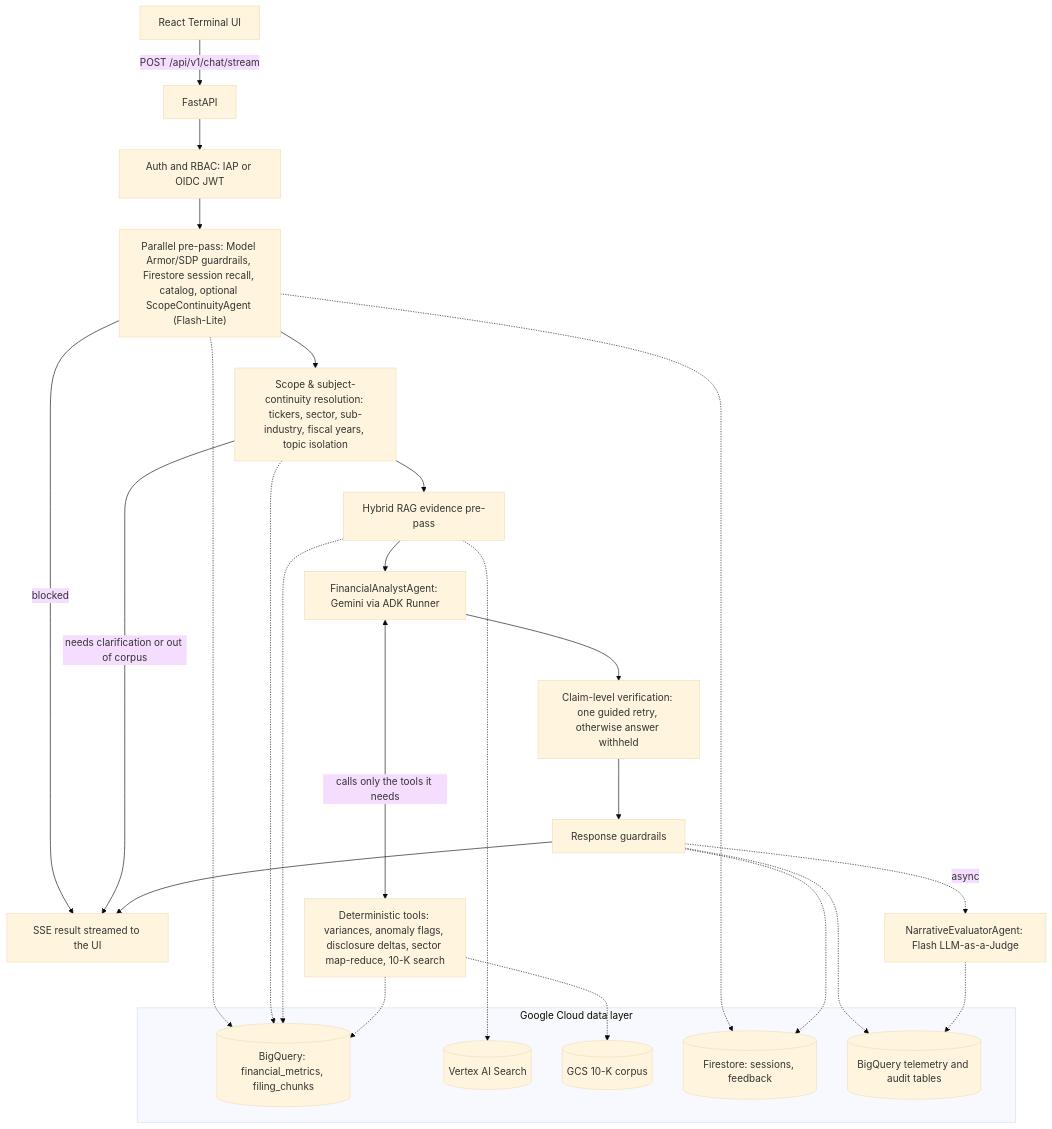
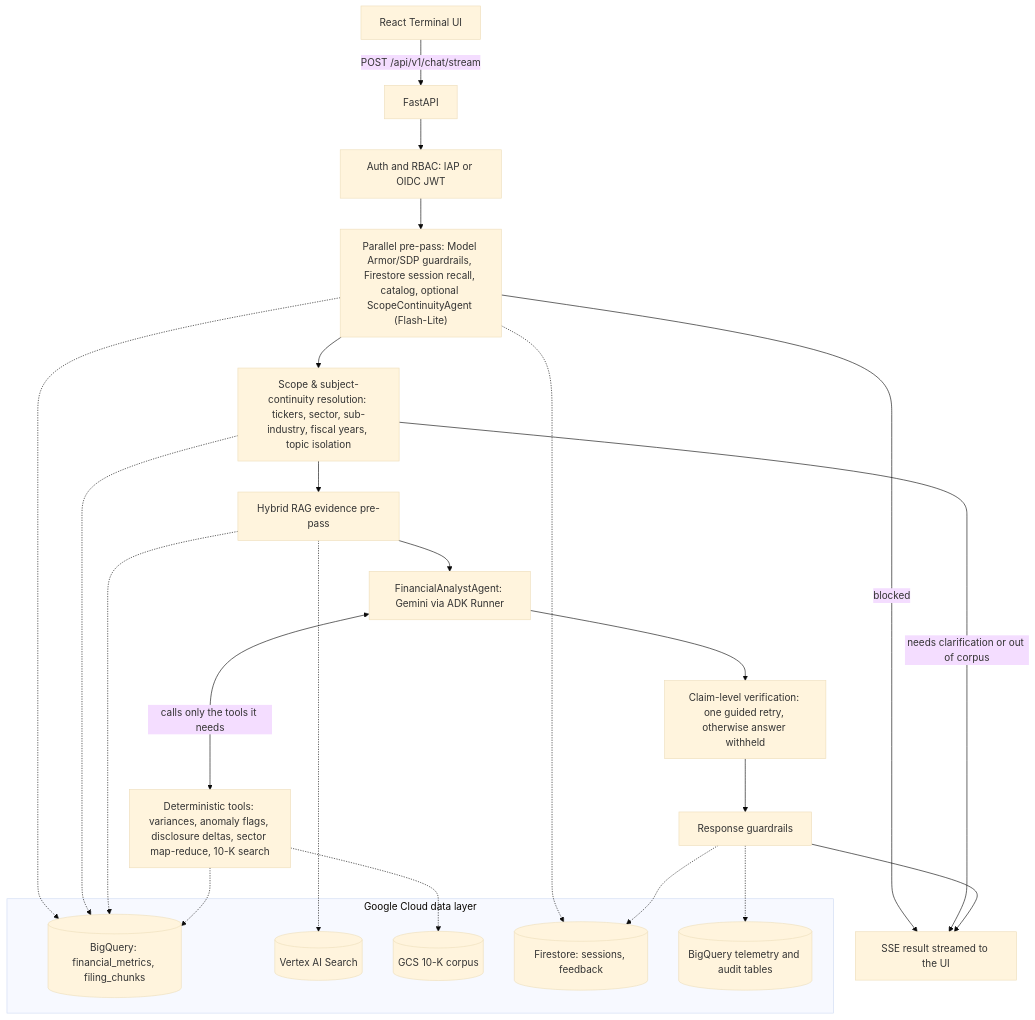
Before and after one commit to jackbetcher-work/edgar_capstone: the diagram in README.md, drawn with Mermaid (base theme). The commit also changed other lines of this file and 4 other files, not shown here.

````diff
--- a/README.md
+++ b/README.md
@@ -14,35 +14,33 @@
 ```mermaid
 flowchart TD
     UI["React Terminal UI"] -->|"POST /api/v1/chat/stream"| API["FastAPI"]
     API --> AUTH["Auth and RBAC: IAP or OIDC JWT"]
     AUTH --> PRE["Parallel pre-pass: Model Armor/SDP guardrails, Firestore session recall, catalog, optional ScopeContinuityAgent (Flash-Lite)"]
     PRE -->|blocked| OUT
     PRE --> SCOPE["Scope & subject-continuity resolution: tickers, sector, sub-industry, fiscal years, topic isolation"]
     SCOPE -->|"needs clarification or out of corpus"| OUT
     SCOPE --> RAG["Hybrid RAG evidence pre-pass"]
     RAG --> AGENT["FinancialAnalystAgent: Gemini via ADK Runner"]
     AGENT <-->|"calls only the tools it needs"| TOOLS["Deterministic tools: variances, anomaly flags, disclosure deltas, sector map-reduce, 10-K search"]
     AGENT --> VERIFY["Claim-level verification: one guided retry, otherwise answer withheld"]
     VERIFY --> RG["Response guardrails"]
     RG --> OUT["SSE result streamed to the UI"]
-    RG -.->|async| JUDGE["NarrativeEvaluatorAgent: Flash LLM-as-a-Judge"]
 
     subgraph GCP["Google Cloud data layer"]
         BQ[("BigQuery: financial_metrics, filing_chunks")]
         VAS[("Vertex AI Search")]
         GCS[("GCS 10-K corpus")]
         FS[("Firestore: sessions, feedback")]
         TEL[("BigQuery telemetry and audit tables")]
     end
 
     PRE -.-> FS
     PRE -.-> BQ
     SCOPE -.-> BQ
     RAG -.-> BQ
     RAG -.-> VAS
     TOOLS -.-> BQ
     TOOLS -.-> GCS
     RG -.-> FS
     RG -.-> TEL
-    JUDGE -.-> TEL
 ```
````
